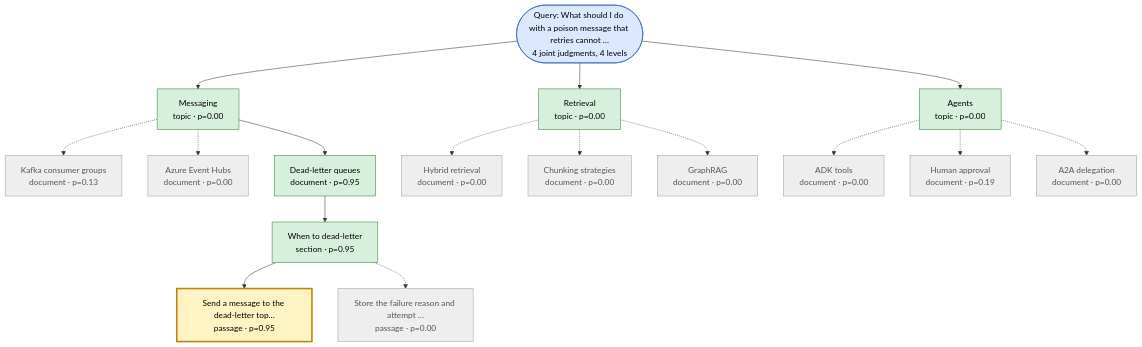
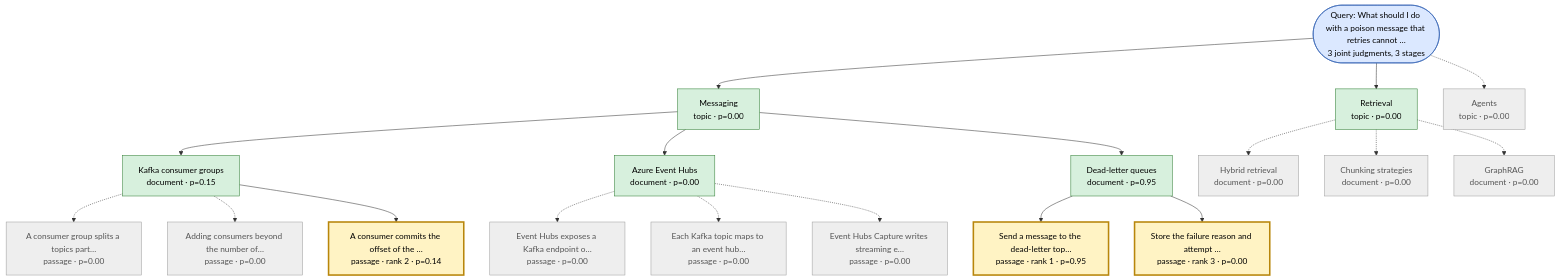
One commit to biswajitNanda223/AgentVerse changed the diagram in agents/decision_rag/docs/diagrams/11-trace-dead-letter.mmd. Above: the diagram before and after it, drawn with Mermaid. The commit also changed 43 other files, not shown here.

First line of the commit message:
feat(decision_rag): follow the paper's Figure 2 pipeline (screen docs, score passages, optional choice rerank)

```diff
--- a/agents/decision_rag/docs/diagrams/11-trace-dead-letter.mmd
+++ b/agents/decision_rag/docs/diagrams/11-trace-dead-letter.mmd
@@ -1,40 +1,44 @@
 flowchart TD
-  n0(["Query: What should I do with a poison message that retries cannot …<br/>4 joint judgments, 4 levels"])
+  n0(["Query: What should I do with a poison message that retries cannot …<br/>3 joint judgments, 3 stages"])
   n1["Messaging<br/>topic · p=0.00"]
   n2["Retrieval<br/>topic · p=0.00"]
   n3["Agents<br/>topic · p=0.00"]
-  n4["Kafka consumer groups<br/>document · p=0.13"]
+  n4["Kafka consumer groups<br/>document · p=0.15"]
   n5["Azure Event Hubs<br/>document · p=0.00"]
   n6["Dead-letter queues<br/>document · p=0.95"]
   n7["Hybrid retrieval<br/>document · p=0.00"]
   n8["Chunking strategies<br/>document · p=0.00"]
   n9["GraphRAG<br/>document · p=0.00"]
-  n10["ADK tools<br/>document · p=0.00"]
-  n11["Human approval<br/>document · p=0.19"]
-  n12["A2A delegation<br/>document · p=0.00"]
-  n13["When to dead-letter<br/>section · p=0.95"]
-  n14["Send a message to the dead-letter top…<br/>passage · p=0.95"]
-  n15["Store the failure reason and attempt …<br/>passage · p=0.00"]
+  n10["Send a message to the dead-letter top…<br/>passage · rank 1 · p=0.95"]
+  n11["Store the failure reason and attempt …<br/>passage · rank 3 · p=0.00"]
+  n12["A consumer group splits a topics part…<br/>passage · p=0.00"]
+  n13["Adding consumers beyond the number of…<br/>passage · p=0.00"]
+  n14["A consumer commits the offset of the …<br/>passage · rank 2 · p=0.14"]
+  n15["Event Hubs exposes a Kafka endpoint o…<br/>passage · p=0.00"]
+  n16["Each Kafka topic maps to an event hub…<br/>passage · p=0.00"]
+  n17["Event Hubs Capture writes streaming e…<br/>passage · p=0.00"]
   n0 --> n1
   n0 --> n2
-  n0 --> n3
-  n1 -.-> n4
-  n1 -.-> n5
+  n0 -.-> n3
+  n1 --> n4
+  n1 --> n5
   n1 --> n6
   n2 -.-> n7
   n2 -.-> n8
   n2 -.-> n9
-  n3 -.-> n10
-  n3 -.-> n11
-  n3 -.-> n12
-  n6 --> n13
-  n13 --> n14
-  n13 -.-> n15
+  n6 --> n10
+  n6 --> n11
+  n4 -.-> n12
+  n4 -.-> n13
+  n4 --> n14
+  n5 -.-> n15
+  n5 -.-> n16
+  n5 -.-> n17
   classDef kept fill:#d7f0dd,stroke:#2e7d32,color:#000
   classDef pruned fill:#eeeeee,stroke:#9e9e9e,color:#555
   classDef answer fill:#fff3c4,stroke:#b8860b,stroke-width:3px,color:#000
   classDef root fill:#dbe8ff,stroke:#2f5fb3,color:#000
   class n0 root
-  class n1,n2,n3,n6,n13 kept
-  class n4,n5,n7,n8,n9,n10,n11,n12,n15 pruned
-  class n14 answer
+  class n1,n2,n4,n5,n6 kept
+  class n3,n7,n8,n9,n12,n13,n15,n16,n17 pruned
+  class n10,n11,n14 answer
```
